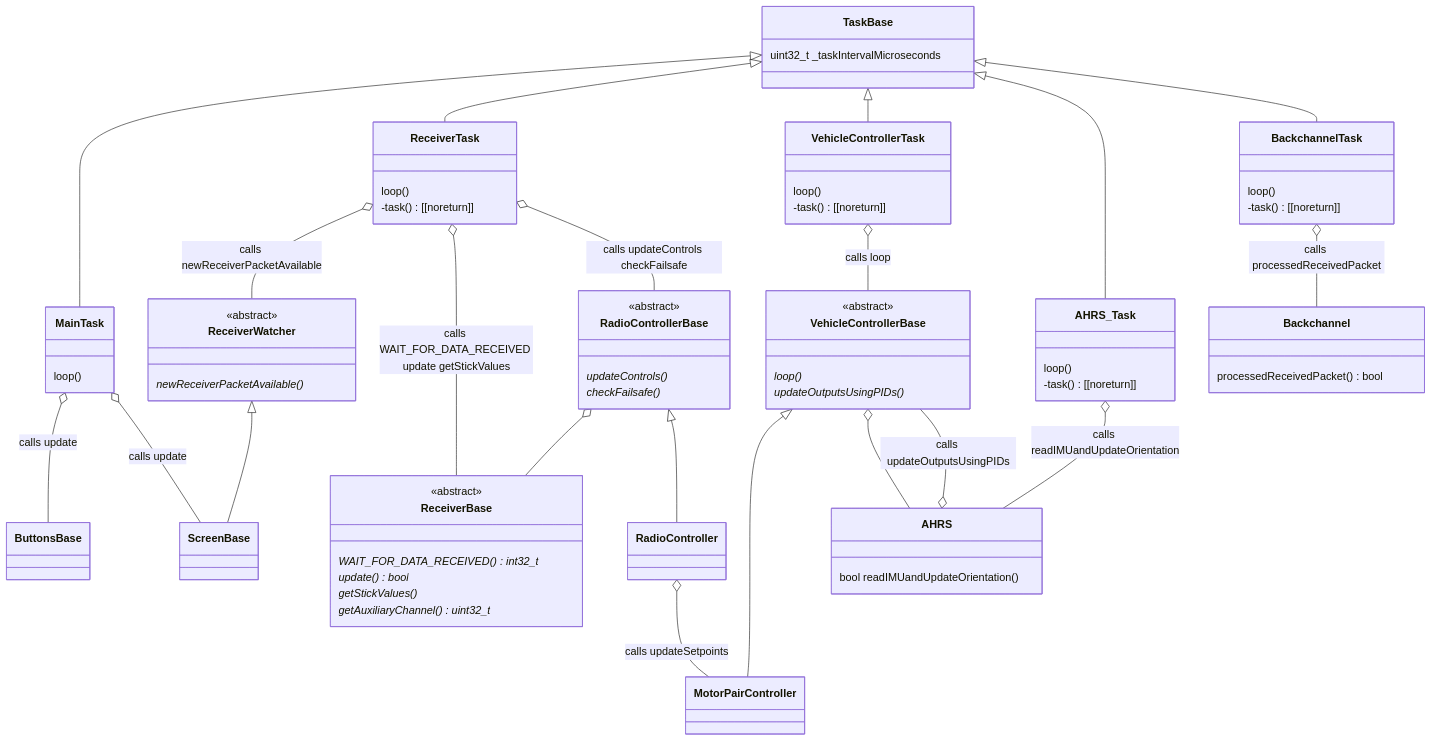
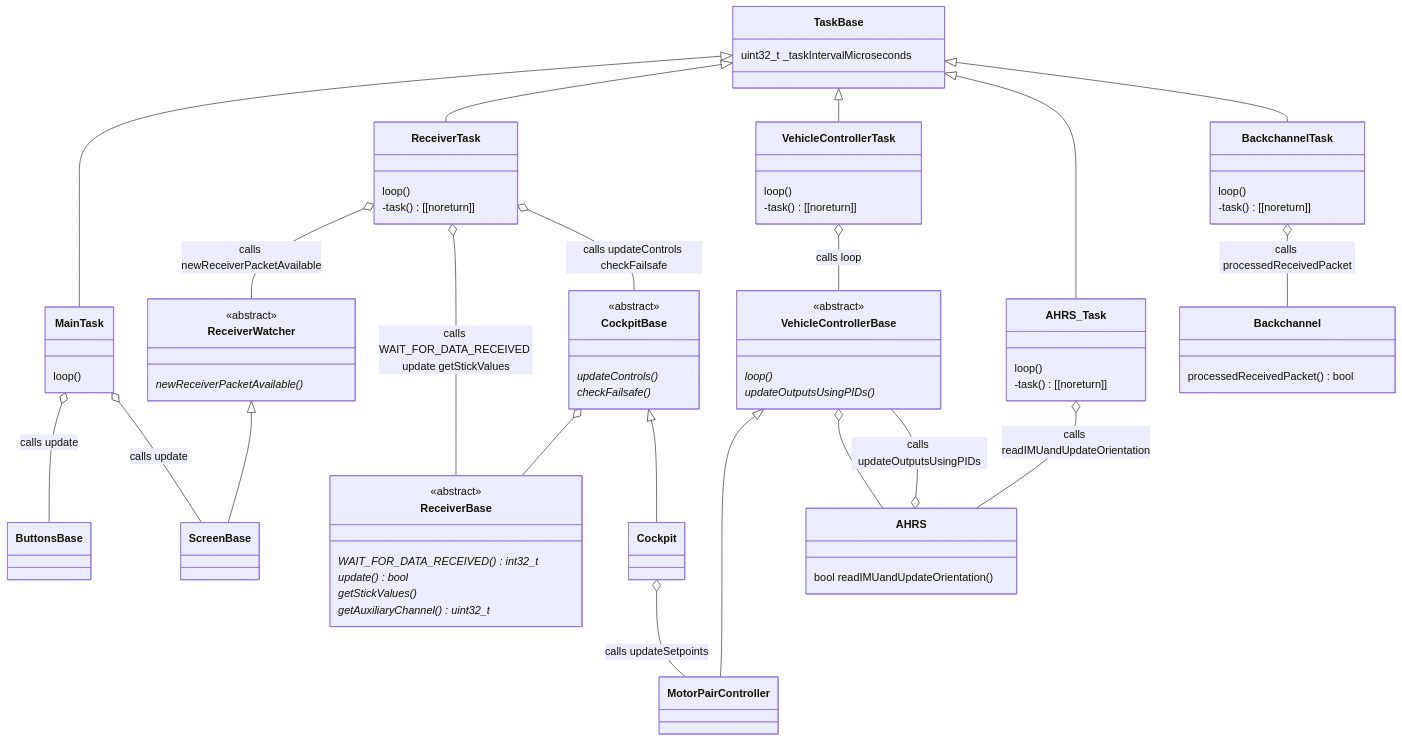
Before and after one commit to martinbudden/SelfBalancingRobot: the second of 2 diagrams in README.md, drawn with Mermaid. The commit also changed other lines of this file and 19 other files, not shown here.

Commit message:
Updated to latest libraries: float offsets and renamed RadioController to Cockpit.

```diff
--- a/README.md
+++ b/README.md
@@ -195,7 +195,7 @@
     MainTask o-- ButtonsBase : calls update
     MainTask o-- ScreenBase : calls update
 
-    class RadioControllerBase {
+    class CockpitBase {
         <<abstract>>
         updateControls() *
         checkFailsafe() *
@@ -208,9 +208,9 @@
         getAuxiliaryChannel() uint32_t *
     }
 
-    RadioControllerBase o--ReceiverBase
-    RadioControllerBase <|-- RadioController
-    RadioController o-- MotorPairController : calls updateSetpoints
+    CockpitBase o--ReceiverBase
+    CockpitBase <|-- Cockpit
+    Cockpit o-- MotorPairController : calls updateSetpoints
 
     TaskBase <|-- ReceiverTask
     class ReceiverTask {
@@ -225,7 +225,7 @@
     ReceiverTask o-- ReceiverWatcher : calls newReceiverPacketAvailable
     ReceiverTask o-- ReceiverBase : calls WAIT_FOR_DATA_RECEIVED update getStickValues
     ReceiverWatcher <|-- ScreenBase
-    ReceiverTask o-- RadioControllerBase : calls updateControls checkFailsafe
+    ReceiverTask o-- CockpitBase : calls updateControls checkFailsafe
 
     class VehicleControllerBase {
         <<abstract>>
```
